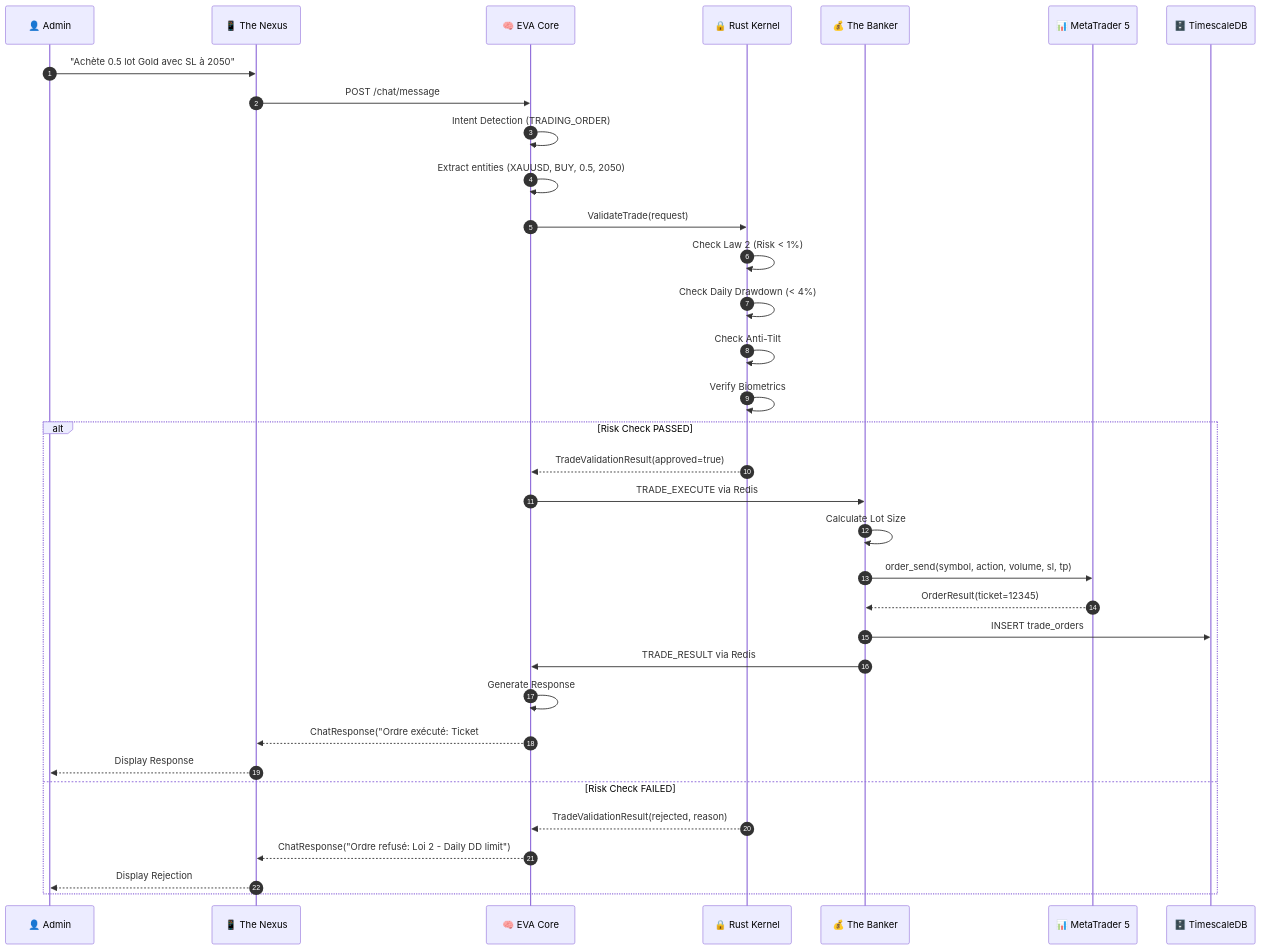
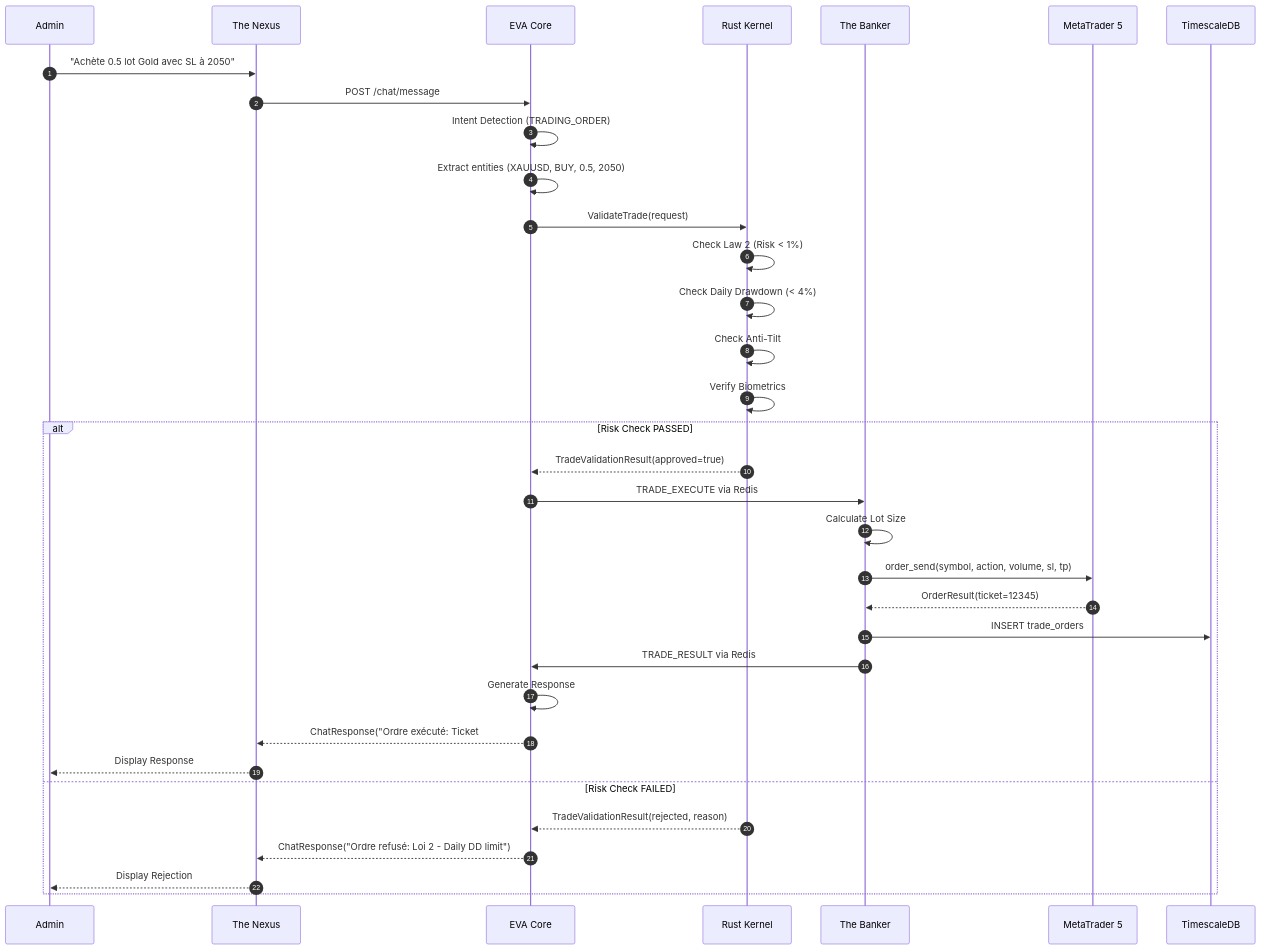
Before and after one commit to JohnNuwan/The_Hive: the third of 9 diagrams in Documentation/Diagrams/C4_Architecture.md, drawn with Mermaid. The commit also changed other lines of this file and 104 other files, not shown here.

````diff
--- a/Documentation/Diagrams/C4_Architecture.md
+++ b/Documentation/Diagrams/C4_Architecture.md
@@ -89,46 +89,46 @@
 ```mermaid
 sequenceDiagram
     autonumber
-    participant User as 👤 Admin
-    participant Nexus as 📱 The Nexus
-    participant Core as 🧠 EVA Core
-    participant Kernel as 🔒 Rust Kernel
-    participant Banker as 💰 The Banker
-    participant MT5 as 📊 MetaTrader 5
-    participant DB as 🗄️ TimescaleDB
+    participant User as  Admin
+    participant Nexus as  The Nexus
+    participant Core as  EVA Core
+    participant Kernel as  Rust Kernel
+    participant Banker as  The Banker
+    participant MT5 as  MetaTrader 5
+    participant DB as  TimescaleDB
     
     User->>Nexus: "Achète 0.5 lot Gold avec SL à 2050"
     Nexus->>Core: POST /chat/message
     
     Core->>Core: Intent Detection (TRADING_ORDER)
     Core->>Core: Extract entities (XAUUSD, BUY, 0.5, 2050)
     
     Core->>Kernel: ValidateTrade(request)
     
     Kernel->>Kernel: Check Law 2 (Risk < 1%)
     Kernel->>Kernel: Check Daily Drawdown (< 4%)
     Kernel->>Kernel: Check Anti-Tilt
     Kernel->>Kernel: Verify Biometrics
     
     alt Risk Check PASSED
         Kernel-->>Core: TradeValidationResult(approved=true)
         
         Core->>Banker: TRADE_EXECUTE via Redis
         
         Banker->>Banker: Calculate Lot Size
         Banker->>MT5: order_send(symbol, action, volume, sl, tp)
         MT5-->>Banker: OrderResult(ticket=12345)
         
         Banker->>DB: INSERT trade_orders
         Banker->>Core: TRADE_RESULT via Redis
         
         Core->>Core: Generate Response
         Core-->>Nexus: ChatResponse("Ordre exécuté: Ticket #12345...")
         Nexus-->>User: Display Response
         
     else Risk Check FAILED
         Kernel-->>Core: TradeValidationResult(rejected, reason)
         Core-->>Nexus: ChatResponse("Ordre refusé: Loi 2 - Daily DD limit")
         Nexus-->>User: Display Rejection
     end
 ```
````
